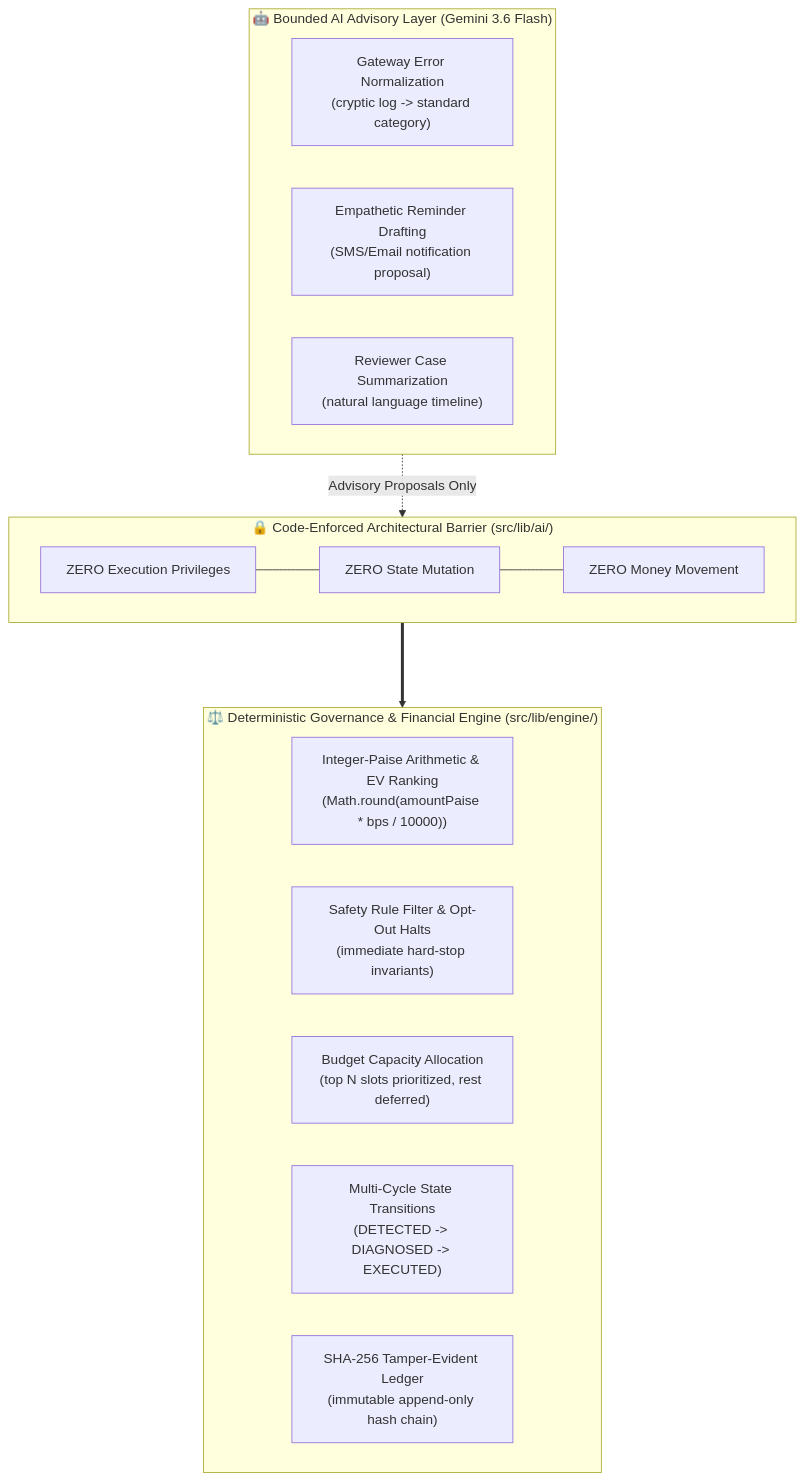
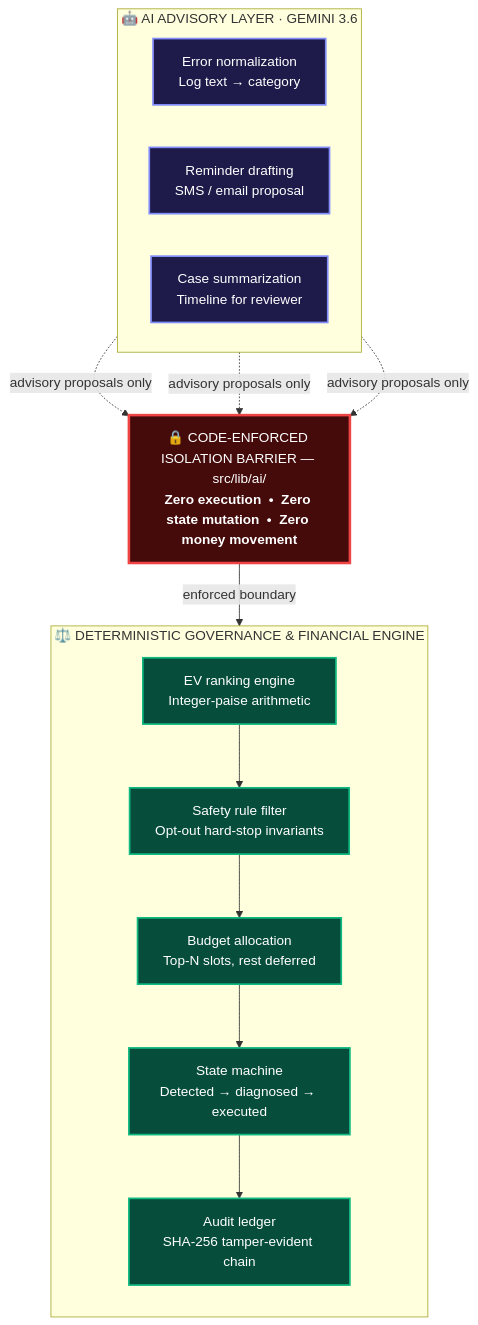
One commit to skmdshariff143-ai/recoverflow-ai changed the second of 2 diagrams in README.md. Above: the diagram before and after it, drawn with Mermaid. The commit also changed other lines of this file and 2 other files, not shown here.

Commit message:
docs(architecture): update AI-boundary Mermaid diagram matching pipeline visual language

````diff
--- a/README.md
+++ b/README.md
@@ -141,24 +143,28 @@
 ```mermaid
-graph TD
-    subgraph AI_ADVISORY["🤖 Bounded AI Advisory Layer (Gemini 3.6 Flash)"]
-        A1["Gateway Error Normalization<br/>(cryptic log -> standard category)"]
-        A2["Empathetic Reminder Drafting<br/>(SMS/Email notification proposal)"]
-        A3["Reviewer Case Summarization<br/>(natural language timeline)"]
+flowchart TD
+    classDef advisoryNode fill:#1e1b4b,stroke:#818cf8,stroke-width:2px,color:#fff;
+    classDef barrierNode fill:#450a0a,stroke:#ef4444,stroke-width:3px,color:#fff;
+    classDef deterministicNode fill:#064e3b,stroke:#10b981,stroke-width:2px,color:#fff;
+
+    subgraph AI_LAYER["🤖 AI ADVISORY LAYER · GEMINI 3.6"]
+        direction LR
+        A1["Error normalization<br/>Log text → category"]:::advisoryNode
+        A2["Reminder drafting<br/>SMS / email proposal"]:::advisoryNode
+        A3["Case summarization<br/>Timeline for reviewer"]:::advisoryNode
     end
 
-    subgraph ISOLATION_BARRIER["🔒 Code-Enforced Architectural Barrier (src/lib/ai/)"]
-        direction LR
-        B1["ZERO Execution Privileges"] --- B2["ZERO State Mutation"] --- B3["ZERO Money Movement"]
+    BARRIER["🔒 CODE-ENFORCED ISOLATION BARRIER — src/lib/ai/<br/><b>Zero execution &nbsp;•&nbsp; Zero state mutation &nbsp;•&nbsp; Zero money movement</b>"]:::barrierNode
+
+    subgraph CORE_LAYER["⚖️ DETERMINISTIC GOVERNANCE & FINANCIAL ENGINE"]
+        direction TB
+        C1["EV ranking engine<br/>Integer-paise arithmetic"]:::deterministicNode
+        C2["Safety rule filter<br/>Opt-out hard-stop invariants"]:::deterministicNode
+        C3["Budget allocation<br/>Top-N slots, rest deferred"]:::deterministicNode
+        C4["State machine<br/>Detected → diagnosed → executed"]:::deterministicNode
+        C5["Audit ledger<br/>SHA-256 tamper-evident chain"]:::deterministicNode
+        C1 --> C2 --> C3 --> C4 --> C5
     end
 
-    subgraph DETERMINISTIC_CORE["⚖️ Deterministic Governance & Financial Engine (src/lib/engine/)"]
-        C1["Integer-Paise Arithmetic & EV Ranking<br/>(Math.round(amountPaise * bps / 10000))"]
-        C2["Safety Rule Filter & Opt-Out Halts<br/>(immediate hard-stop invariants)"]
-        C3["Budget Capacity Allocation<br/>(top N slots prioritized, rest deferred)"]
-        C4["Multi-Cycle State Transitions<br/>(DETECTED -> DIAGNOSED -> EXECUTED)"]
-        C5["SHA-256 Tamper-Evident Ledger<br/>(immutable append-only hash chain)"]
-    end
-
-    AI_ADVISORY -. "Advisory Proposals Only" .-> ISOLATION_BARRIER
-    ISOLATION_BARRIER ===> DETERMINISTIC_CORE
+    A1 & A2 & A3 -. "advisory proposals only" .-> BARRIER
+    BARRIER --> |"enforced boundary"| C1
 ```
````
